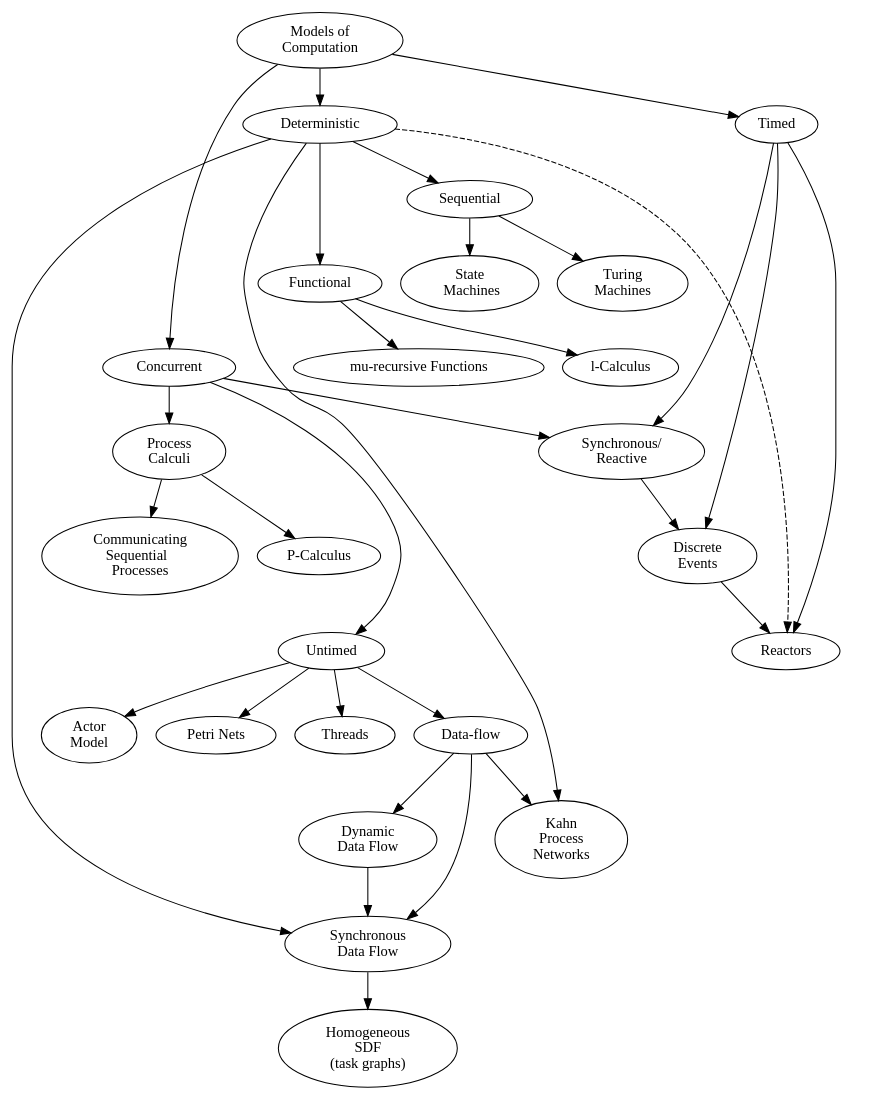
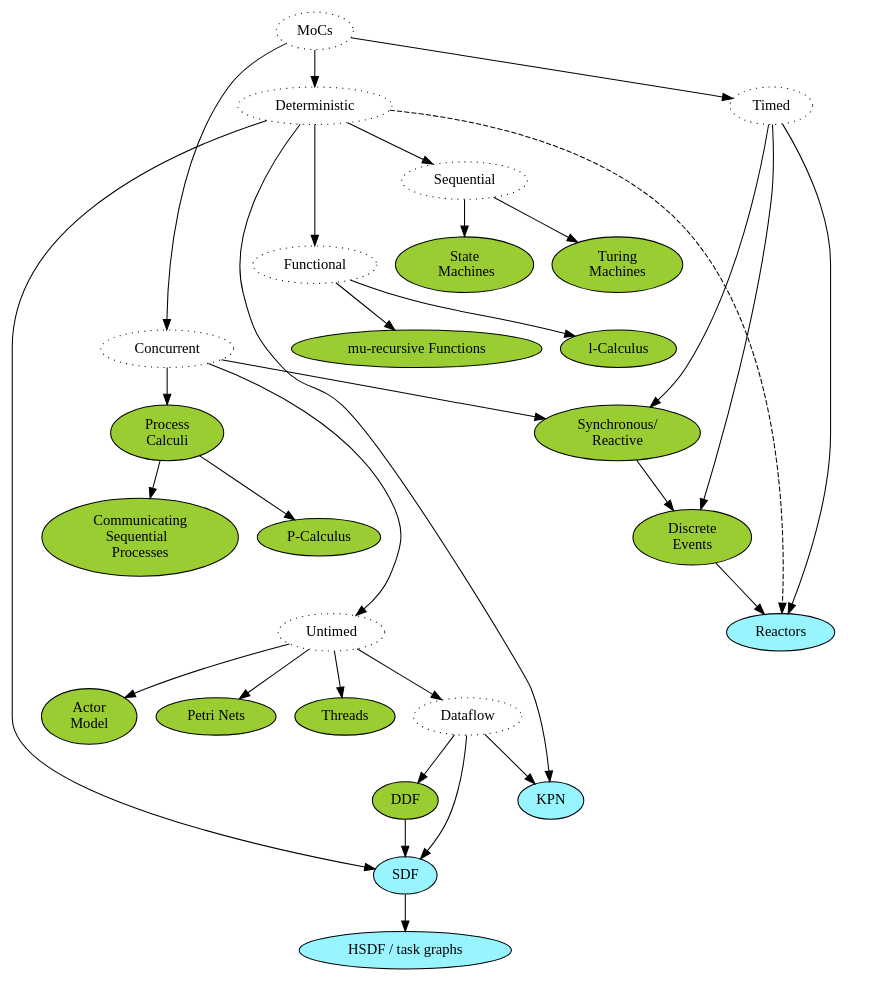
Before and after one commit to goens/phd-thesis: the diagram in data/mocs.dot, drawn with Graphviz. The commit also changed 19 other files, not shown here.

```diff
--- a/data/mocs.dot
+++ b/data/mocs.dot
@@ -1,71 +1,71 @@
 #dot2tex data/mocs.dot --figonly -t raw --output figures/mocs.tex
 digraph G {
-       root [label = "Models of \n Computation"];
-       seq [ label = "Sequential"];
-       concurrent [ label = "Concurrent"];
-       t [ label = "Timed"];
-       ut [ label = "Untimed"];
-       det [ label = "Deterministic"];
-       f [ label = "Functional"];
-       mu [ texlbl = "$\mu$-recursive Functions" label="mu-recursive Functions" ];
-       l [ texlbl = "$\lambda$-Calculus" label="l-Calculus"];
-       touring [ label = "Turing \n Machines"];
-       sm [ label = "State \n  Machines"];
-       pc [ label = "Process \n Calculi"];
-       pic [ texlbl = "$\Pi$-Calculus" label = "P-Calculus"];
-       csp [ label = "Communicating \n Sequential  \n Processes"];
-       petri [ label = "Petri Nets"]; 
-       df [ label = "Data-flow"]; 
-       threads [ label = "Threads"]; 
-       actors [ label = "Actor \n Model"]; 
-       sdf [ label = "Synchronous \n Data Flow"]; 
-       tg [ label = "Homogeneous \n SDF \n (task graphs)"]; 
-       ddf [ label = "Dynamic \n Data Flow"];
-       kpn [ label = "Kahn \n Process \n Networks"];
-       sr [ label = "Synchronous/\n Reactive"];
-       de [ label = "Discrete \n Events"];
-       reactors [ label = "Reactors"];
+       root [texlbl = "\acsp{MoC}", label = "MoCs",style=dotted];
+       seq [ label = "Sequential",style=dotted];
+       concurrent [ label = "Concurrent",style=dotted];
+       t [ label = "Timed",style=dotted];
+       ut [ label = "Untimed",style=dotted];
+       det [ label = "Deterministic",style=dotted];
+       f [ label = "Functional",style=dotted];
+       mu [ texlbl = "$\mu$-recursive Functions" label="mu-recursive Functions" , style=filled, fillcolor=olivedrab3];
+       l [ texlbl = "$\lambda$-Calculus" label="l-Calculus", style=filled, fillcolor=olivedrab3];
+       touring [ label = "Turing \n Machines", style=filled, fillcolor=olivedrab3];
+       sm [ label = "State \n  Machines", style=filled, fillcolor=olivedrab3];
+       pc [ label = "Process \n Calculi", style=filled, fillcolor=olivedrab3];
+       pic [ texlbl = "$\Pi$-Calculus" label = "P-Calculus", style=filled, fillcolor=olivedrab3];
+       csp [ label = "Communicating \n Sequential  \n Processes", style=filled, fillcolor=olivedrab3];
+       petri [ label = "Petri Nets", style=filled, fillcolor=olivedrab3]; 
+       df [ label = "Dataflow",style=dotted]; 
+       threads [ label = "Threads", style=filled, fillcolor=olivedrab3]; 
+       actors [ label = "Actor \n Model", style=filled, fillcolor=olivedrab3]; 
+       sdf [ texlbl = "\acs{SDF}", label = "SDF", style=filled, fillcolor=cadetblue1]; 
+       tg [ texlbl = "\acs{HSDF} / task graphs", label = "HSDF / task graphs", style=filled, fillcolor=cadetblue1]; 
+       ddf [ texlbl = "\acs{DDF}",  label = "DDF", style=filled, fillcolor=olivedrab3];
+       kpn [ texlbl = "\acs{KPN}", label = "KPN", style=filled, fillcolor=cadetblue1];
+       sr [ label = "Synchronous/\n Reactive", style=filled, fillcolor=olivedrab3];
+       de [ label = "Discrete \n Events", style=filled, fillcolor=olivedrab3];
+       reactors [ label = "Reactors", style=filled, fillcolor=cadetblue1];
 
        root -> det;
        root -> concurrent;
        root -> t;
        det -> f;
        det -> seq;
        det -> kpn;
        det -> sdf;
        f -> l;
        f -> mu;
        seq -> touring;
        seq -> sm;
        concurrent -> ut;
        concurrent -> pc;
        concurrent -> sr;
        pc -> pic;
        pc -> csp;
        ut -> petri;
        ut -> df;
        ut -> threads;
        ut -> actors;
        df -> kpn;
        df -> sdf;
        df -> ddf;
        ddf -> sdf;
        sdf -> tg;
        #actors ->[style = 'dashed'] reactors;
        det -> reactors [ style = dashed ];
        t -> de;
        t -> reactors;
        t -> sr;
        sr -> de;
        de -> reactors;
 
       #formatting
       #pic -> t [ style = invis ];
       t -> kpn [ style = invis ];
       t -> seq [ style = invis ];
       seq -> f [ style = invis ];
       f ->  concurrent [ style = invis ];
       sr -> df [ style = invis ];
       pic -> ut [ style = invis ];
       #concurrent -> seq [ style = invis ];
 }
```
